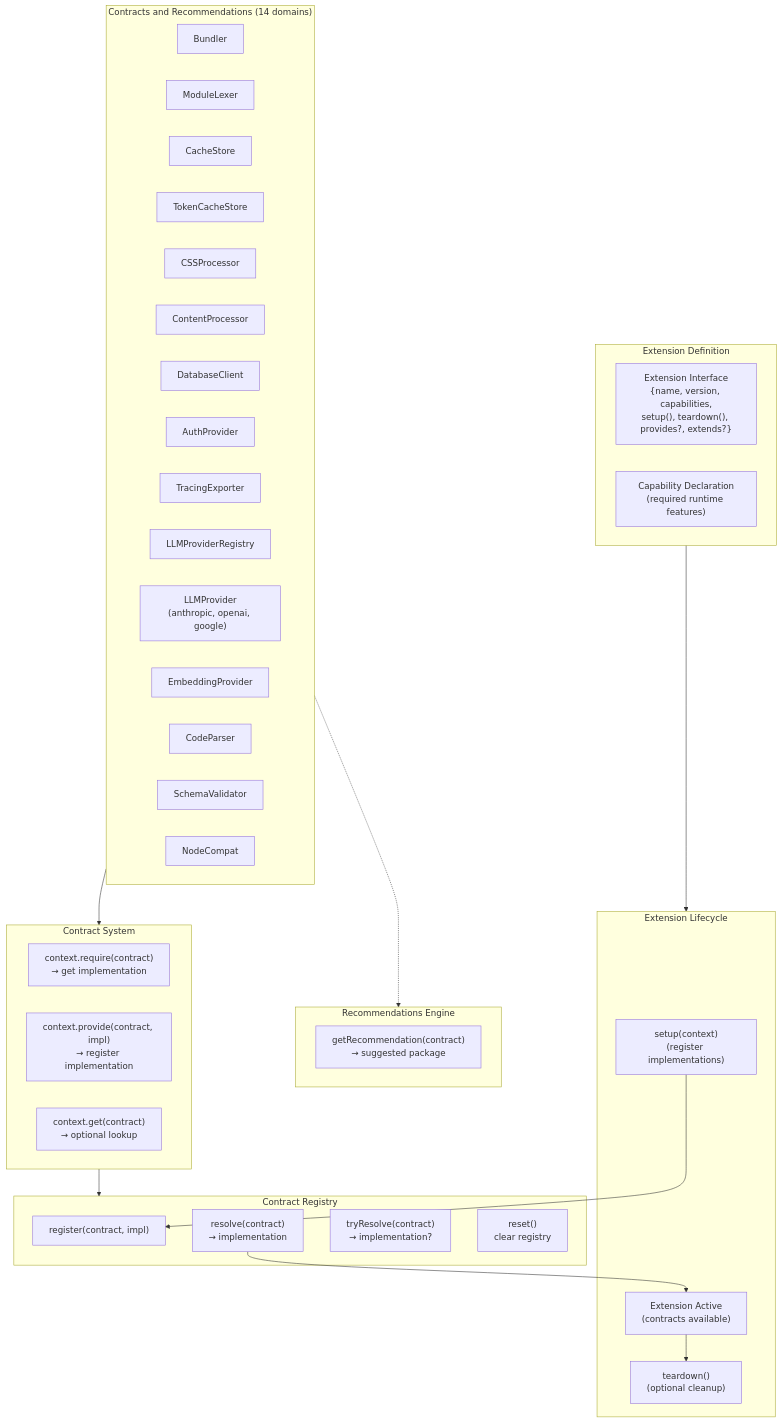
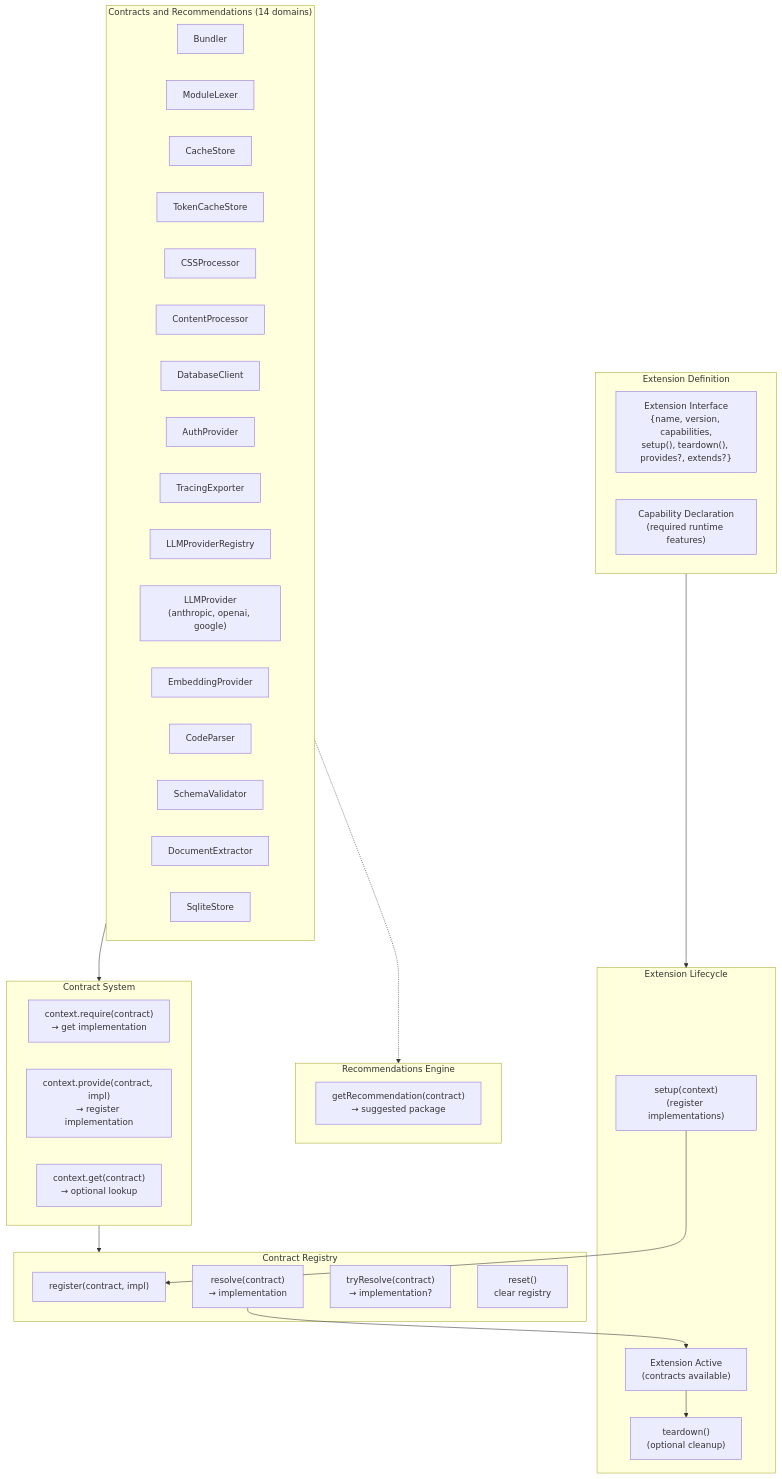
One commit to veryfront/veryfront-code changed the second of 5 diagrams in docs/architecture/06-discovery-extensions.md. Above: the diagram before and after it, drawn with Mermaid. The commit also changed other lines of this file and 273 other files, not shown here.

````diff
--- a/docs/architecture/06-discovery-extensions.md
+++ b/docs/architecture/06-discovery-extensions.md
@@ -94,56 +94,57 @@
 ```mermaid
 graph TB
     subgraph ExtDef["Extension Definition"]
         ExtInterface["Extension Interface<br/>{name, version, capabilities,<br/>setup(), teardown(), provides?, extends?}"]
         Capability["Capability Declaration<br/>(required runtime features)"]
     end
 
     subgraph Contracts["Contracts and Recommendations (14 domains)"]
         Bundler["Bundler"]
         ModuleLexer["ModuleLexer"]
         CacheStore["CacheStore"]
         TokenCacheStore["TokenCacheStore"]
         CSSProcessor["CSSProcessor"]
         ContentTx["ContentProcessor"]
         DatabaseClient["DatabaseClient"]
         AuthProvider["AuthProvider"]
         TracingExporter["TracingExporter"]
         LLMProviderRegistry["LLMProviderRegistry"]
         LLMProvider["LLMProvider<br/>(anthropic, openai, google)"]
         EmbeddingProvider["EmbeddingProvider"]
         CodeParser["CodeParser"]
         SchemaValidator["SchemaValidator"]
-        NodeCompat["NodeCompat"]
+        DocumentExtractor["DocumentExtractor"]
+        SqliteStore["SqliteStore"]
     end
 
     subgraph ContractSystem["Contract System"]
         Require["context.require(contract)<br/>→ get implementation"]
         Provide["context.provide(contract, impl)<br/>→ register implementation"]
         Get["context.get(contract)<br/>→ optional lookup"]
     end
 
     subgraph Registry2["Contract Registry"]
         Register["register(contract, impl)"]
         Resolve["resolve(contract)<br/>→ implementation"]
         TryResolve["tryResolve(contract)<br/>→ implementation?"]
         Reset["reset()<br/>clear registry"]
     end
 
     subgraph Lifecycle["Extension Lifecycle"]
         Setup["setup(context)<br/>(register implementations)"]
         Active["Extension Active<br/>(contracts available)"]
         Teardown["teardown()<br/>(optional cleanup)"]
     end
 
     subgraph Recommendations["Recommendations Engine"]
         Recommend["getRecommendation(contract)<br/>→ suggested package"]
     end
 
     Contracts --> ContractSystem
     ContractSystem --> Registry2
     ExtDef --> Lifecycle
     Setup --> Register
     Resolve --> Active
     Active --> Teardown
     Contracts -.-> Recommendations
 ```
````
